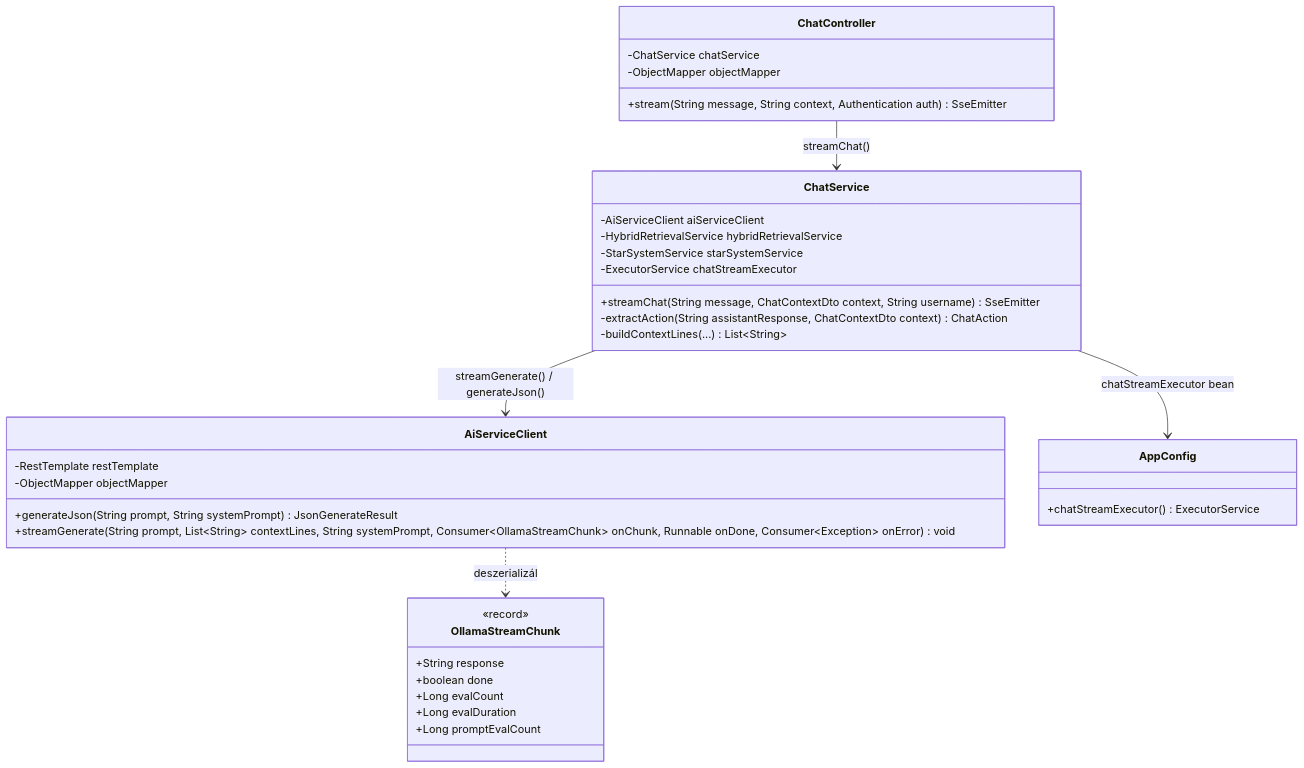
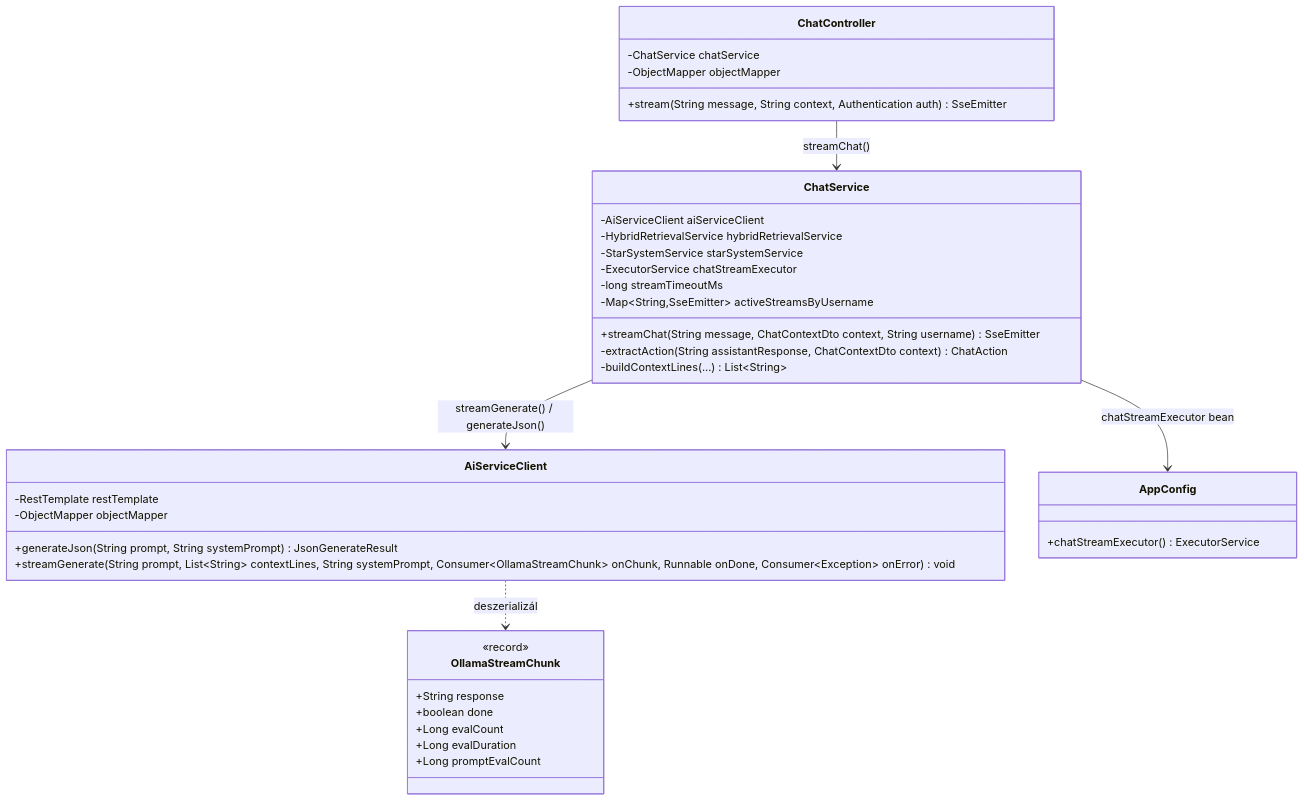
The first of 2 diagrams in plans/pr3_streaming_architecture_2026.md (badzso-boop/legymernok), drawn with Mermaid before and after one commit. The commit also changed other lines of this file and 1 other file, not shown here.

First line of the commit message:
docs: PR #3 nyitott kérdései lezárva (timeout, resume, egy-stream-limit)

````diff
--- a/plans/pr3_streaming_architecture_2026.md
+++ b/plans/pr3_streaming_architecture_2026.md
@@ -486,43 +522,45 @@
 ```mermaid
 classDiagram
     class ChatController {
         -ChatService chatService
         -ObjectMapper objectMapper
         +stream(String message, String context, Authentication auth) SseEmitter
     }
 
     class ChatService {
         -AiServiceClient aiServiceClient
         -HybridRetrievalService hybridRetrievalService
         -StarSystemService starSystemService
         -ExecutorService chatStreamExecutor
+        -long streamTimeoutMs
+        -Map~String,SseEmitter~ activeStreamsByUsername
         +streamChat(String message, ChatContextDto context, String username) SseEmitter
         -extractAction(String assistantResponse, ChatContextDto context) ChatAction
         -buildContextLines(...) List~String~
     }
 
     class AiServiceClient {
         -RestTemplate restTemplate
         -ObjectMapper objectMapper
         +generateJson(String prompt, String systemPrompt) JsonGenerateResult
         +streamGenerate(String prompt, List~String~ contextLines, String systemPrompt, Consumer~OllamaStreamChunk~ onChunk, Runnable onDone, Consumer~Exception~ onError) void
     }
 
     class OllamaStreamChunk {
         <<record>>
         +String response
         +boolean done
         +Long evalCount
         +Long evalDuration
         +Long promptEvalCount
     }
 
     class AppConfig {
         +chatStreamExecutor() ExecutorService
     }
 
     ChatController --> ChatService : streamChat()
     ChatService --> AiServiceClient : streamGenerate() / generateJson()
     AiServiceClient ..> OllamaStreamChunk : deszerializál
     ChatService --> AppConfig : chatStreamExecutor bean
 ```
````
